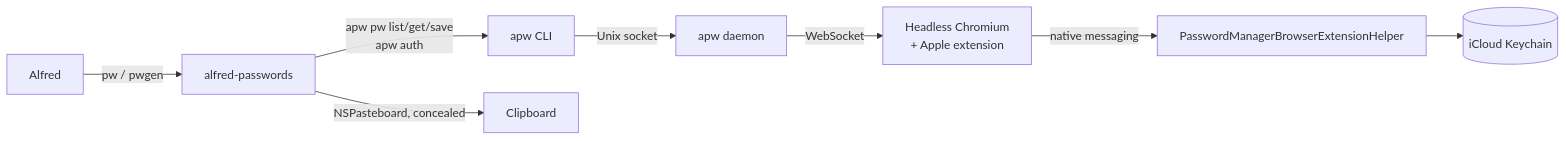
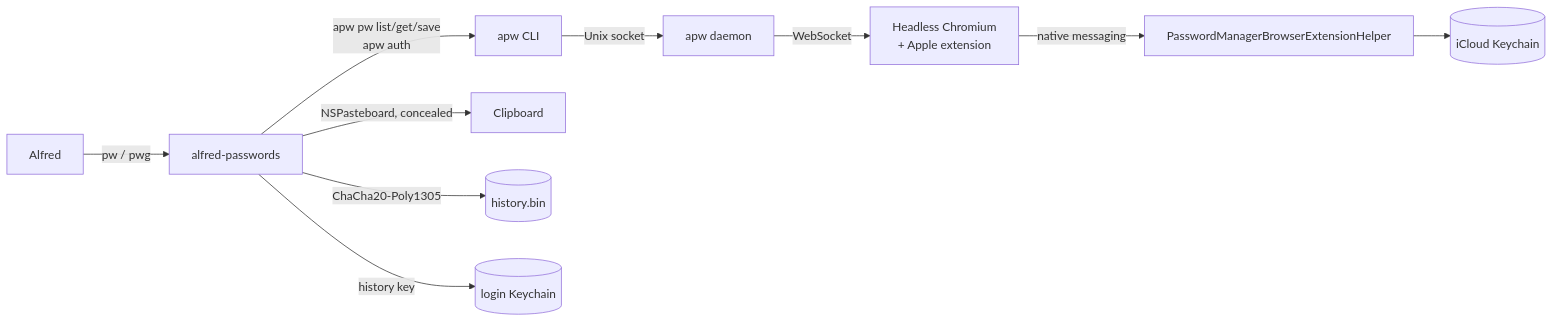
The diagram in docs/architecture.md (pdegeeter/alfred-passwords-workflow), drawn with Mermaid before and after one commit. The commit also changed other lines of this file and 22 other files, not shown here.

First line of the commit message:
feat(pwg)!: configurable generation and an encrypted history

````diff
--- a/docs/architecture.md
+++ b/docs/architecture.md
@@ -23,10 +23,12 @@
 ```mermaid
 flowchart LR
-    A[Alfred] -->|pw / pwgen| B[alfred-passwords]
+    A[Alfred] -->|pw / pwg| B[alfred-passwords]
     B -->|apw pw list/get/save<br/>apw auth| C[apw CLI]
     C -->|Unix socket| D[apw daemon]
     D -->|WebSocket| E[Headless Chromium<br/>+ Apple extension]
     E -->|native messaging| F[PasswordManagerBrowserExtensionHelper]
     F --> G[(iCloud Keychain)]
     B -->|NSPasteboard, concealed| H[Clipboard]
+    B -->|ChaCha20-Poly1305| I[(history.bin)]
+    B -->|history key| J[(login Keychain)]
 ```
````
